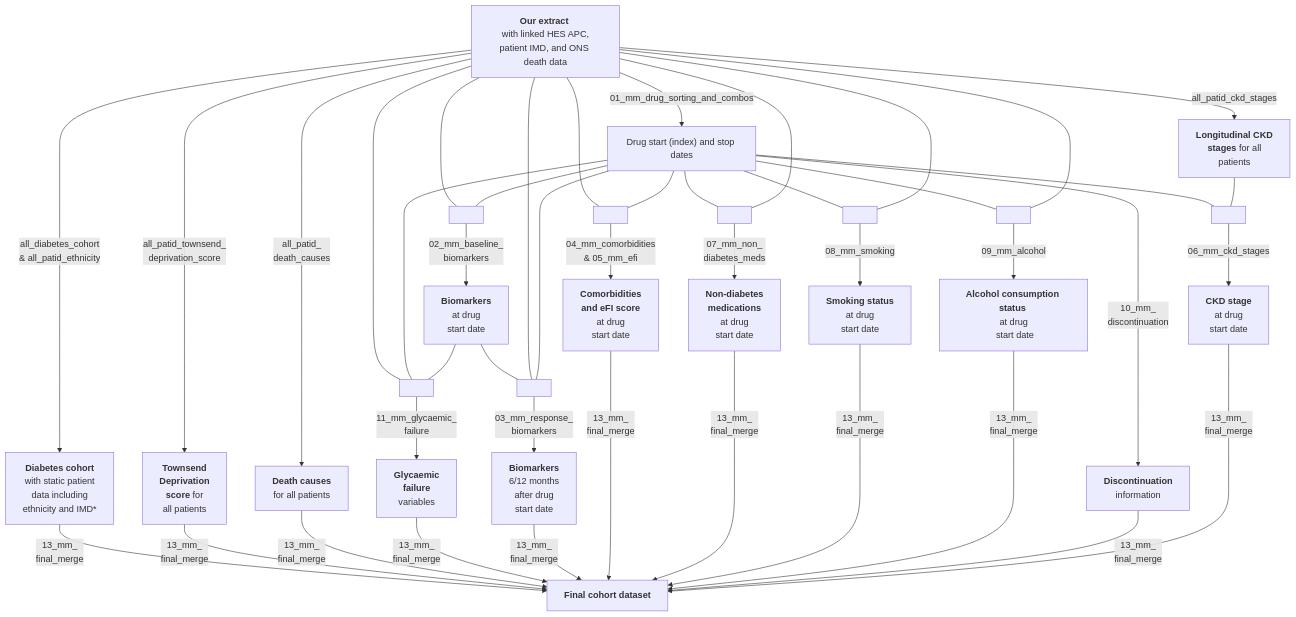
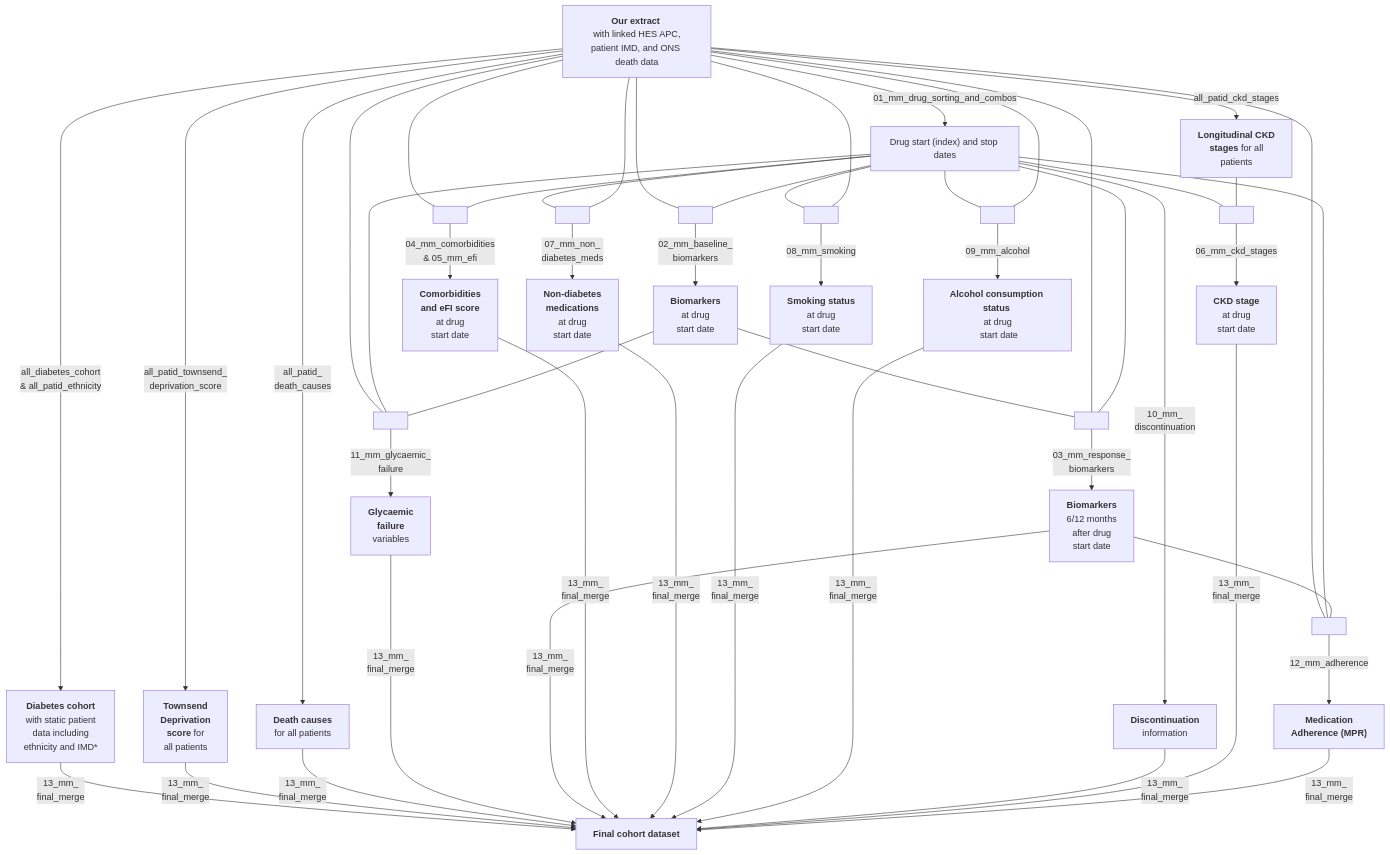
Before and after one commit to Exeter-Diabetes/CPRD-Cohort-scripts: the diagram in 03-Treatment-response-(MASTERMIND)/README.md, drawn with Mermaid. The commit also changed other lines of this file, not shown here.

Commit message:
New flowchart for adherence file. New explanation for adherence variables.

````diff
--- a/03-Treatment-response-(MASTERMIND)/README.md
+++ b/03-Treatment-response-(MASTERMIND)/README.md
@@ -20,56 +20,65 @@
 ```mermaid
 graph TD;
-    A["<b>Our extract</b> <br> with linked HES APC, patient IMD, and ONS death data"] --> |"all_diabetes_cohort <br> & all_patid_ethnicity"|B["<b>Diabetes cohort<br></b> with static patient <br>data including <br>ethnicity and IMD*"]
-    A-->|"all_patid_townsend_<br>deprivation_score"|N["<b>Townsend<br> Deprivation<br>score</b> for<br> all patients"]
-    A-->|"all_patid_<br>death_causes"|O["<b>Death causes</b><br>for all patients"]
-    A-->|"01_mm_drug_sorting_and_combos"|H["Drug start (index) and stop dates"]
 
-    A---P[ ]:::empty
-    H---P
-    E---P
-    P-->|"11_mm_glycaemic_<br>failure"|Q["<b>Glycaemic<br>failure</b><br>variables"]
+    A["<b>Our extract</b> <br> with linked HES APC, patient IMD, and ONS death data"] -->|"all_diabetes_cohort <br> & all_patid_ethnicity"| B["<b>Diabetes cohort<br></b> with static patient <br>data including <br>ethnicity and IMD*"]
 
-    A---Y[ ]:::empty
-    H---Y
-    Y-->|"02_mm_baseline_<br>biomarkers"|E["<b>Biomarkers</b> <br> at drug <br> start date"]
+    A -->|"all_patid_townsend_<br>deprivation_score"| N["<b>Townsend<br> Deprivation<br>score</b> for<br> all patients"]
+    A -->|"all_patid_<br>death_causes"| O["<b>Death causes</b><br>for all patients"]
+    A -->|"01_mm_drug_sorting_and_combos"| H["Drug start (index) and stop dates"]
 
-    E---T[ ]:::empty
-    A---T
-    H---T
-    T-->|"03_mm_response_<br>biomarkers"|L["<b>Biomarkers</b> <br> 6/12 months <br> after drug <br>start date"]
-    
-    A---W[ ]:::empty
-    H---W
-    W-->|"04_mm_comorbidities<br>& 05_mm_efi"|F["<b>Comorbidities<br>and eFI score</b> <br> at drug <br> start date"]
-    
-    H---U[ ]:::empty
-    A---U
-    U-->|"07_mm_non_<br>diabetes_meds"|M["<b>Non-diabetes <br>medications</b> <br> at drug <br> start date"]
-    
-    H---X[ ]:::empty
-    A---X
-    X-->|"08_mm_smoking"|G["<b>Smoking status</b> <br> at drug <br> start date"]
-    
-    H-->|"10_mm_<br>discontinuation"|V["<b>Discontinuation</b><br> information"]
+    A --- P[ ]:::empty
+    H --- P
+    E --- P
+    P -->|"11_mm_glycaemic_<br>failure"| Q["<b>Glycaemic<br>failure</b><br>variables"]
 
-    H---R[ ]:::empty
-    A---R
-    R-->|"09_mm_alcohol"|D["<b>Alcohol consumption status</b> <br> at drug <br> start date"]
- 
-    A-->|"all_patid_ckd_stages"|C["<b>Longitudinal CKD <br> stages</b> for all <br> patients"]
-    H---Z[ ]:::empty
-    C---Z
-    Z-->|"06_mm_ckd_stages"|I["<b>CKD stage </b> <br> at drug <br> start date"]
+    A --- Y[ ]:::empty
+    H --- Y
+    Y -->|"02_mm_baseline_<br>biomarkers"| E["<b>Biomarkers</b> <br> at drug <br> start date"]
 
-    B-->|"13_mm_<br>final_merge"|J["<b>Final cohort dataset</b>"]
-    N-->|"13_mm_<br>final_merge"|J
-    O-->|"13_mm_<br>final_merge"|J
-    Q-->|"13_mm_<br>final_merge"|J
-    L-->|"13_mm_<br>final_merge"|J
-    F-->|"13_mm_<br>final_merge"|J
-    M-->|"13_mm_<br>final_merge"|J  
-    G-->|"13_mm_<br>final_merge"|J
-    D-->|"13_mm_<br>final_merge"|J
-    V-->|"13_mm_<br>final_merge"|J
-    I-->|"13_mm_<br>final_merge"|J  
+    E --- T[ ]:::empty
+    A --- T
+    H --- T
+    T -->|"03_mm_response_<br>biomarkers"| L["<b>Biomarkers</b> <br> 6/12 months <br> after drug <br>start date"]
+
+    A --- W[ ]:::empty
+    H --- W
+    W -->|"04_mm_comorbidities<br>& 05_mm_efi"| F["<b>Comorbidities<br>and eFI score</b> <br> at drug <br> start date"]
+
+    H --- U[ ]:::empty
+    A --- U
+    U -->|"07_mm_non_<br>diabetes_meds"| M["<b>Non-diabetes <br>medications</b> <br> at drug <br> start date"]
+
+    H --- X[ ]:::empty
+    A --- X
+    X -->|"08_mm_smoking"| G["<b>Smoking status</b> <br> at drug <br> start date"]
+
+    H -->|"10_mm_<br>discontinuation"| V["<b>Discontinuation</b><br> information"]
+
+    H --- R[ ]:::empty
+    A --- R
+    R -->|"09_mm_alcohol"| D["<b>Alcohol consumption status</b> <br> at drug <br> start date"]
+
+    A -->|"all_patid_ckd_stages"| C["<b>Longitudinal CKD <br> stages</b> for all <br> patients"]
+
+    H --- Z[ ]:::empty
+    C --- Z
+    Z -->|"06_mm_ckd_stages"| I["<b>CKD stage </b> <br> at drug <br> start date"]
+
+    A --- Z2[ ]:::empty
+    H --- Z2
+    L --- Z2
+    Z2 -->|"12_mm_adherence"| K["<b>Medication<br> Adherence (MPR)</b>"]
+
+    B -->|"13_mm_<br>final_merge"| J["<b>Final cohort dataset</b>"]
+    N -->|"13_mm_<br>final_merge"| J
+    O -->|"13_mm_<br>final_merge"| J
+    Q -->|"13_mm_<br>final_merge"| J
+    L -->|"13_mm_<br>final_merge"| J
+    F -->|"13_mm_<br>final_merge"| J
+    M -->|"13_mm_<br>final_merge"| J
+    G -->|"13_mm_<br>final_merge"| J
+    D -->|"13_mm_<br>final_merge"| J
+    V -->|"13_mm_<br>final_merge"| J
+    I -->|"13_mm_<br>final_merge"| J
+    K -->|"13_mm_<br>final_merge"| J
 ```
````
